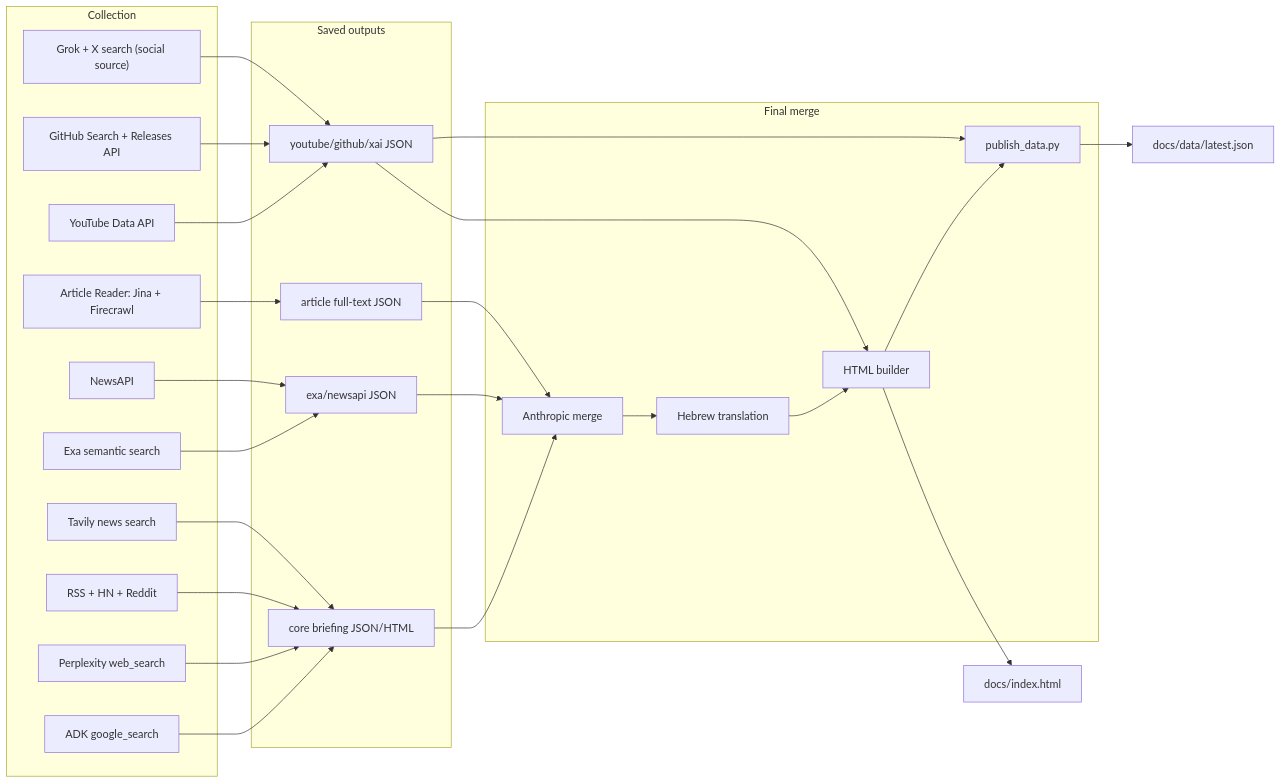
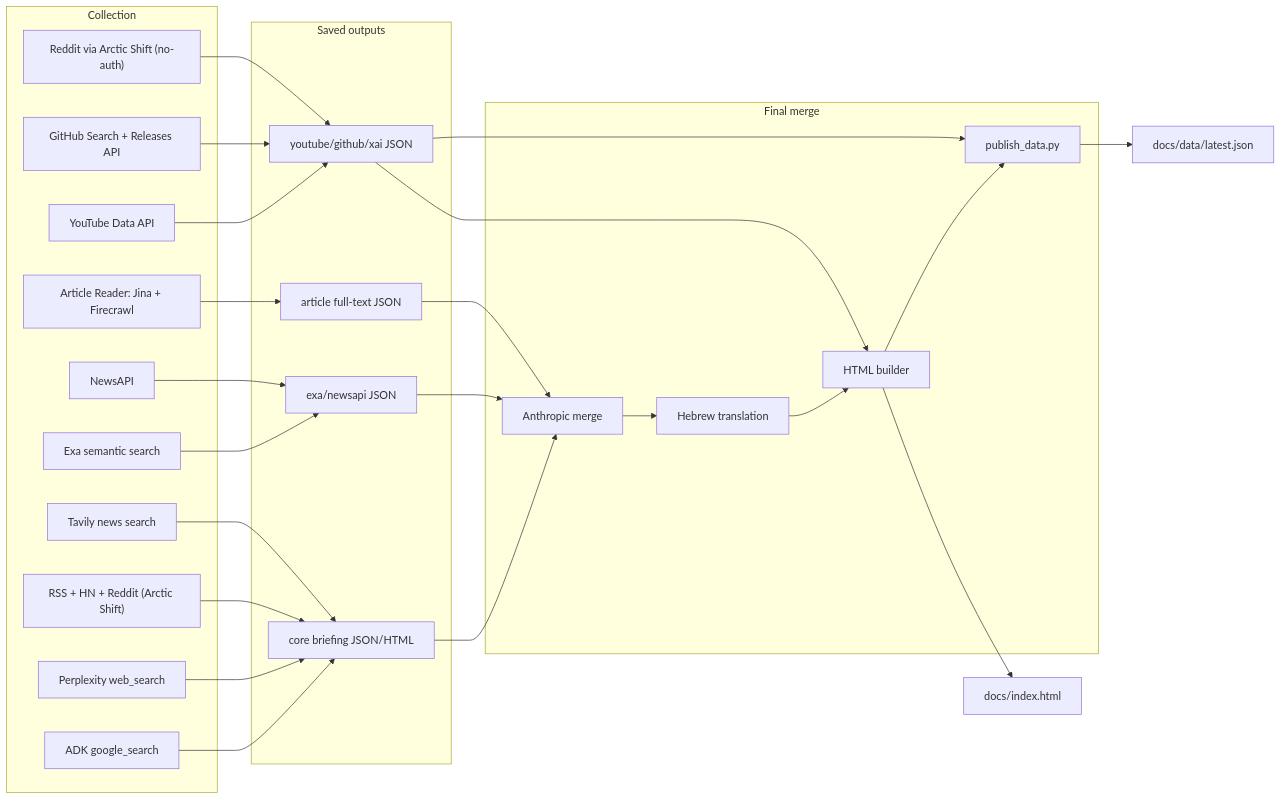
The second of 13 diagrams in README.md (kobyal/ai-news-briefing), drawn with Mermaid before and after one commit. The commit also changed other lines of this file and 1 other file, not shown here.

````diff
--- a/README.md
+++ b/README.md
@@ -104,52 +98,52 @@
 ```mermaid
 flowchart LR
     subgraph collect["Collection"]
         A1["ADK google_search"]
         A2["Perplexity web_search"]
-        A3["RSS + HN + Reddit"]
+        A3["RSS + HN + Reddit (Arctic Shift)"]
         A4["Tavily news search"]
         A6["Exa semantic search"]
         A7["NewsAPI"]
         A8["YouTube Data API"]
         A9["GitHub Search + Releases API"]
-        A10["Grok + X search (social source)"]
+        A10["Reddit via Arctic Shift (no-auth)"]
         A11["Article Reader: Jina + Firecrawl"]
     end
 
     subgraph save["Saved outputs"]
         J1["core briefing JSON/HTML"]
         J2["exa/newsapi JSON"]
         J3["youtube/github/xai JSON"]
         J4["article full-text JSON"]
     end
 
     subgraph merge["Final merge"]
         M1["Anthropic merge"]
         M2["Hebrew translation"]
         M3["HTML builder"]
         M4["publish_data.py"]
     end
 
     A1 --> J1
     A2 --> J1
     A3 --> J1
     A4 --> J1
     A6 --> J2
     A7 --> J2
     A8 --> J3
     A9 --> J3
     A10 --> J3
     A11 --> J4
 
     J1 --> M1
     J2 --> M1
     J4 --> M1
     M1 --> M2
     M2 --> M3
     J3 --> M3
     M3 --> O1["docs/index.html"]
 
     M3 --> M4
     J3 --> M4
     M4 --> O3["docs/data/latest.json"]
 ```
````
